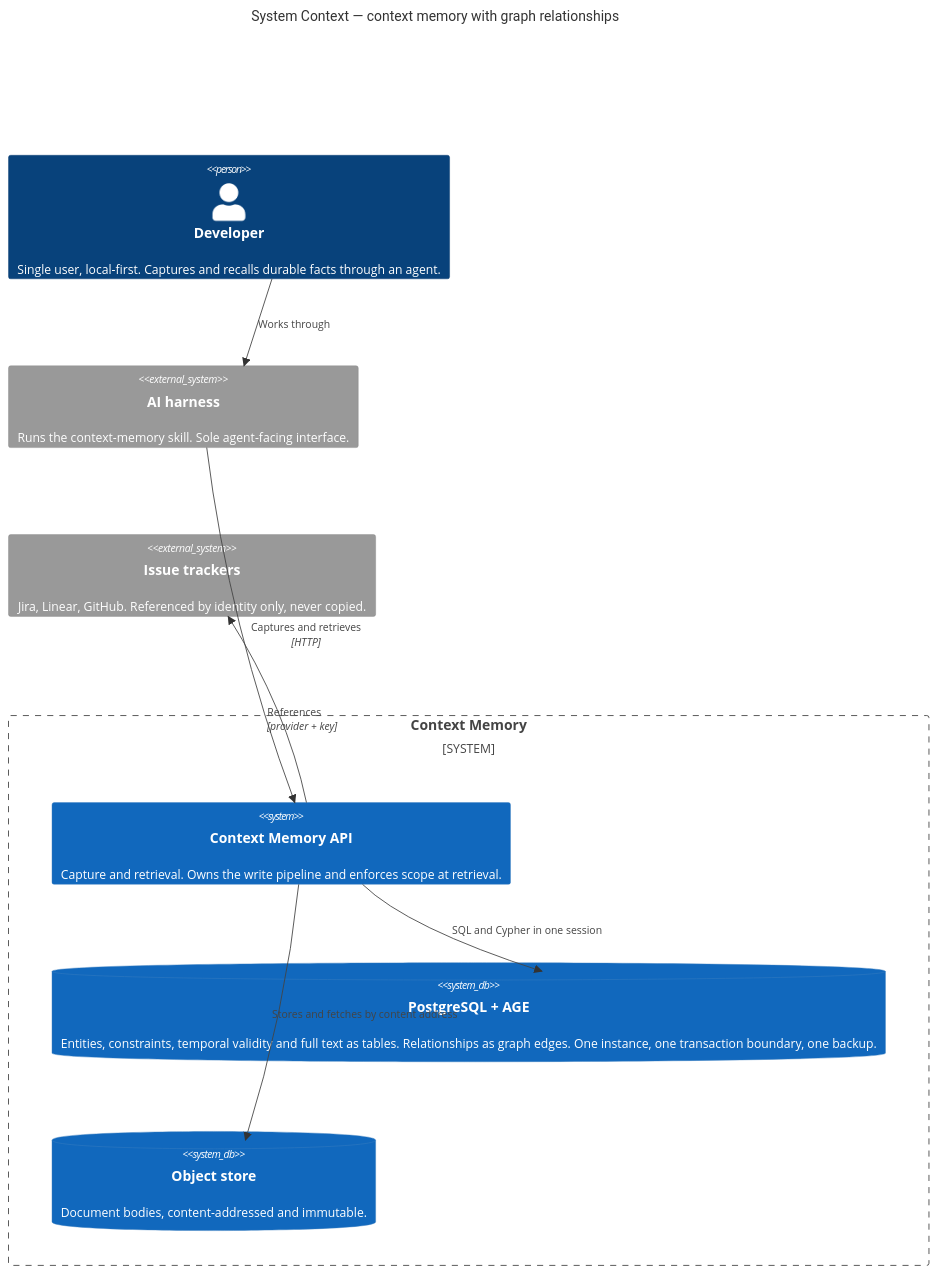
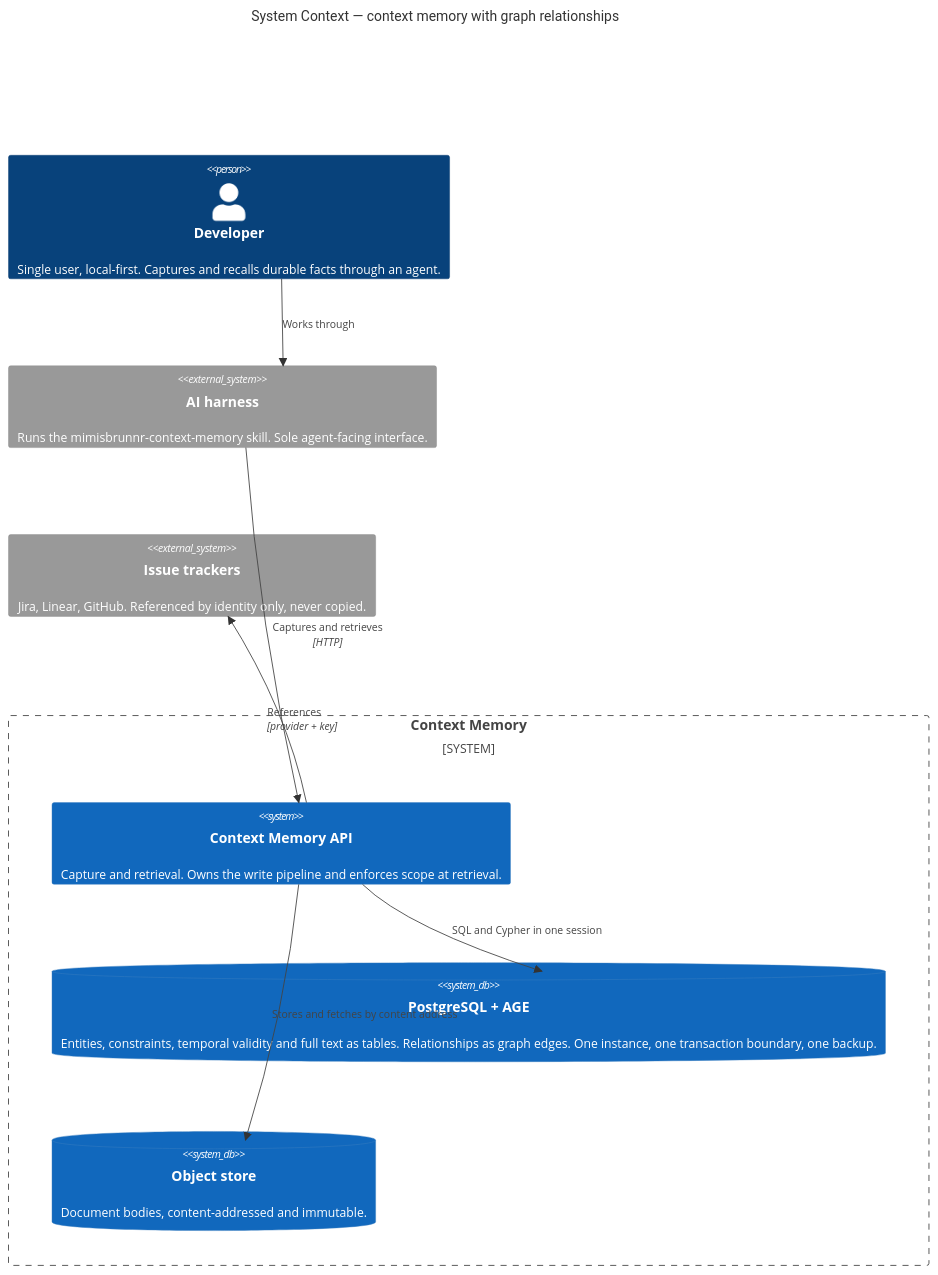
Before and after one commit to generic-automation-and-it/smooth-ai-product-context-memory: the first of 3 diagrams in docs/hlds/003-graph-edges-on-age/diagrams/c4-context.md, drawn with Mermaid. The commit also changed 33 other files, not shown here.

````diff
--- a/docs/hlds/003-graph-edges-on-age/diagrams/c4-context.md
+++ b/docs/hlds/003-graph-edges-on-age/diagrams/c4-context.md
@@ -13,23 +13,23 @@
 ```mermaid
 C4Context
     title System Context — context memory with graph relationships
 
     Person(dev, "Developer", "Single user, local-first. Captures and recalls durable facts through an agent.")
 
     System_Boundary(cm, "Context Memory") {
         System(api, "Context Memory API", "Capture and retrieval. Owns the write pipeline and enforces scope at retrieval.")
         SystemDb(pg, "PostgreSQL + AGE", "Entities, constraints, temporal validity and full text as tables. Relationships as graph edges. One instance, one transaction boundary, one backup.")
         SystemDb(blob, "Object store", "Document bodies, content-addressed and immutable.")
     }
 
-    System_Ext(agent, "AI harness", "Runs the context-memory skill. Sole agent-facing interface.")
+    System_Ext(agent, "AI harness", "Runs the mimisbrunnr-context-memory skill. Sole agent-facing interface.")
     System_Ext(tracker, "Issue trackers", "Jira, Linear, GitHub. Referenced by identity only, never copied.")
 
     Rel(dev, agent, "Works through")
     Rel(agent, api, "Captures and retrieves", "HTTP")
     Rel(api, pg, "SQL and Cypher in one session")
     Rel(api, blob, "Stores and fetches by content address")
     Rel(api, tracker, "References", "provider + key")
 
     UpdateLayoutConfig($c4ShapeInRow="2", $c4BoundaryInRow="1")
 ```
````
